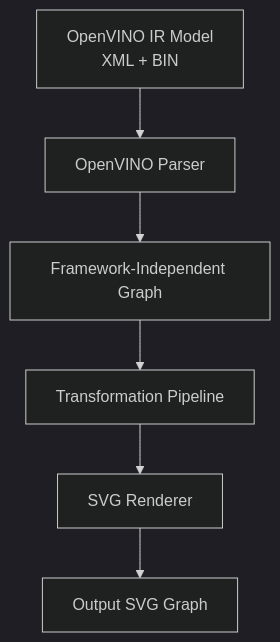
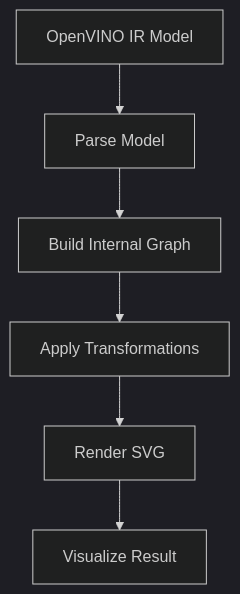
The diagram in README.md (AzizBenAli/intel_assignment), drawn with Mermaid (dark theme) before and after one commit. The commit also changed other lines of this file and 2 other files, not shown here.

Commit message:
docs: show before and after graph comparison

````diff
--- a/README.md
+++ b/README.md
@@ -17,8 +30,8 @@
 ```mermaid
 flowchart TD
-    A["OpenVINO IR Model<br/>XML + BIN"] --> B["OpenVINO Parser"]
-    B --> C["Framework-Independent Graph"]
-    C --> D["Transformation Pipeline"]
-    D --> E["SVG Renderer"]
-    E --> F["Output SVG Graph"]
+    A["OpenVINO IR Model"] --> B["Parse Model"]
+    B --> C["Build Internal Graph"]
+    C --> D["Apply Transformations"]
+    D --> E["Render SVG"]
+    E --> F["Visualize Result"]
 ```
````
